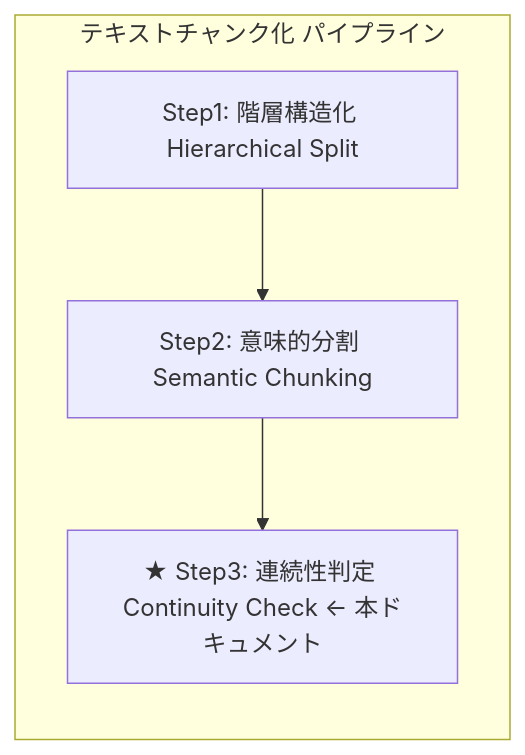
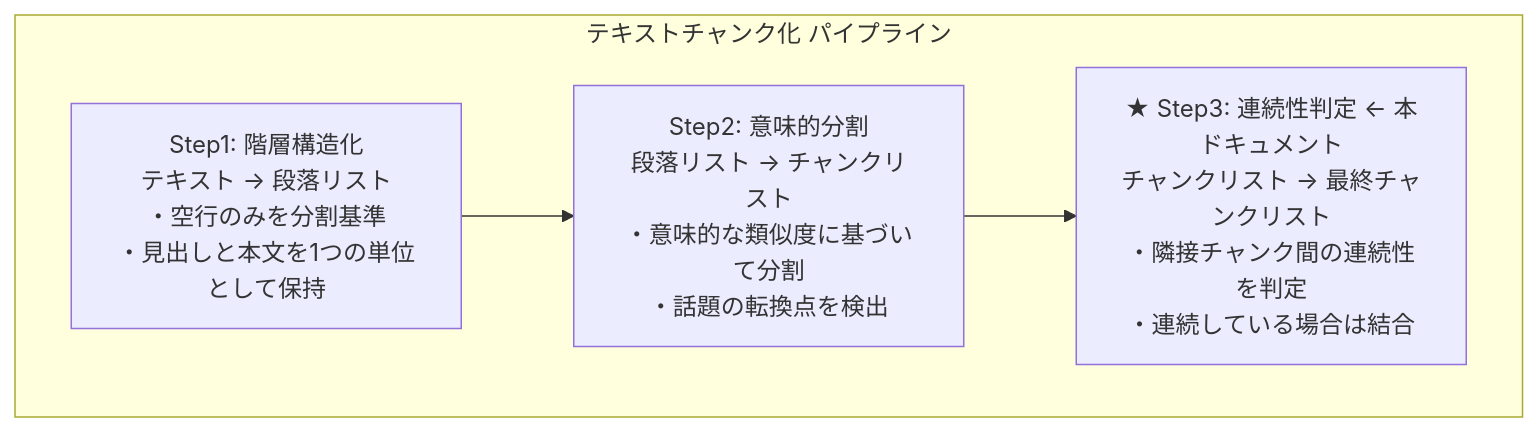
Before and after one commit to nakashima2toshio/gemini_grace_agent: the second of 6 diagrams in chunking/doc/step3.md, drawn with Mermaid. The commit also changed other lines of this file and 134 other files, not shown here.

````diff
--- a/chunking/doc/step3.md
+++ b/chunking/doc/step3.md
@@ -46,13 +127,13 @@
 ```mermaid
-graph TD
+flowchart TB
     subgraph PIPELINE["テキストチャンク化 パイプライン"]
-        direction TB
+        STEP1["Step1: 階層構造化<br/>テキスト → 段落リスト<br/>・空行のみを分割基準<br/>・見出しと本文を1つの単位として保持"]
 
-        STEP1["Step1: 階層構造化 Hierarchical Split"]
-        STEP2["Step2: 意味的分割 Semantic Chunking"]
-        STEP3["★ Step3: 連続性判定 Continuity Check ← 本ドキュメント"]
+        STEP2["Step2: 意味的分割<br/>段落リスト → チャンクリスト<br/>・意味的な類似度に基づいて分割<br/>・話題の転換点を検出"]
+
+        STEP3["★ Step3: 連続性判定 ← 本ドキュメント<br/>チャンクリスト → 最終チャンクリスト<br/>・隣接チャンク間の連続性を判定<br/>・連続している場合は結合"]
 
         STEP1 --> STEP2
         STEP2 --> STEP3
     end
 ```
````
